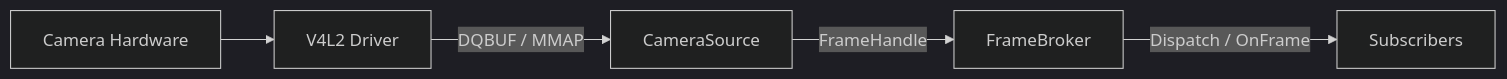
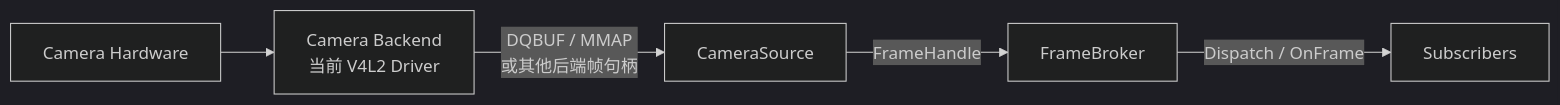
Before and after one commit to SuycxZMZ/CameraSubsystem: the second of 2 diagrams in docs/PROJECT_OVERVIEW.md, drawn with Mermaid (dark theme). The commit also changed other lines of this file and 6 other files, not shown here.

````diff
--- a/docs/PROJECT_OVERVIEW.md
+++ b/docs/PROJECT_OVERVIEW.md
@@ -101,7 +103,7 @@
 ```mermaid
 flowchart LR
-    Hardware["Camera Hardware"] --> Driver["V4L2 Driver"]
-    Driver -->|DQBUF / MMAP| Source["CameraSource"]
+    Hardware["Camera Hardware"] --> Driver["Camera Backend<br/>当前 V4L2 Driver"]
+    Driver -->|DQBUF / MMAP<br/>或其他后端帧句柄| Source["CameraSource"]
     Source -->|FrameHandle| Broker["FrameBroker"]
     Broker -->|Dispatch / OnFrame| Subscribers["Subscribers"]
 ```
````
